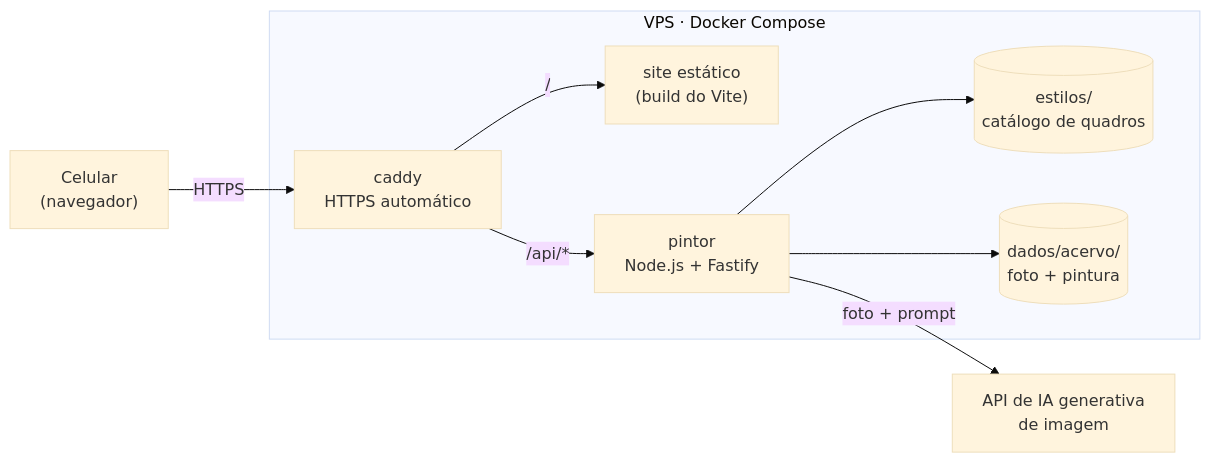
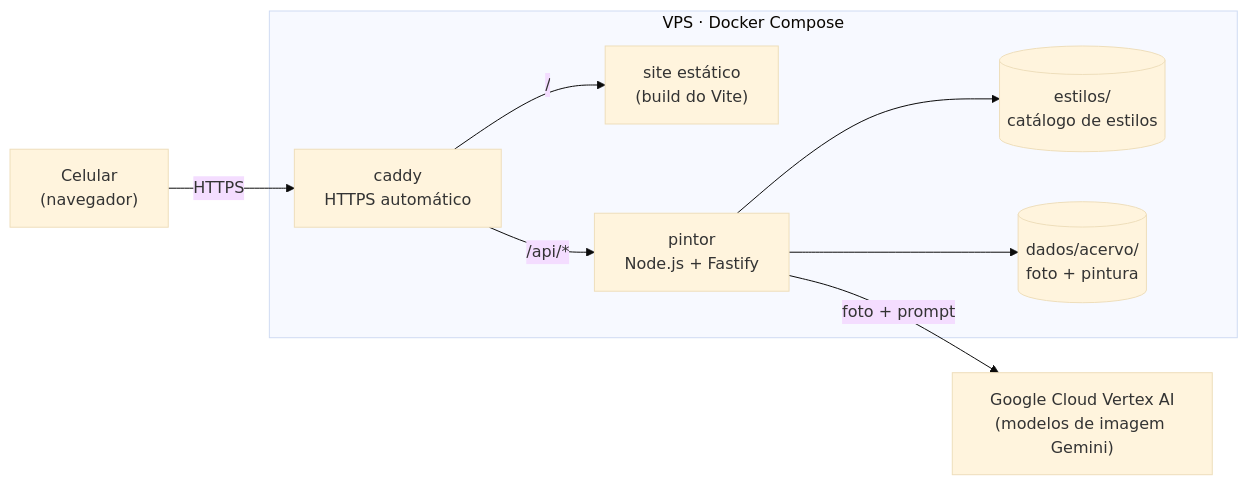
The diagram in README.md (yansalim/camera-ai), drawn with Mermaid (base theme) before and after one commit. The commit also changed other lines of this file and 2 other files, not shown here.

First line of the commit message:
docs: 6 estilos de arte no lugar dos 4 quadros de Van Gogh

````diff
--- a/README.md
+++ b/README.md
@@ -32,11 +32,11 @@
 ```mermaid
 flowchart LR
   celular["Celular<br/>(navegador)"] -- HTTPS --> caddy
   subgraph vps["VPS · Docker Compose"]
     caddy["caddy<br/>HTTPS automático"] -- "/" --> site["site estático<br/>(build do Vite)"]
     caddy -- "/api/*" --> pintor["pintor<br/>Node.js + Fastify"]
-    pintor --> estilos[("estilos/<br/>catálogo de quadros")]
+    pintor --> estilos[("estilos/<br/>catálogo de estilos")]
     pintor --> acervo[("dados/acervo/<br/>foto + pintura")]
   end
-  pintor -- "foto + prompt" --> ia["API de IA generativa<br/>de imagem"]
+  pintor -- "foto + prompt" --> ia["Google Cloud Vertex AI<br/>(modelos de imagem Gemini)"]
 ```
````
